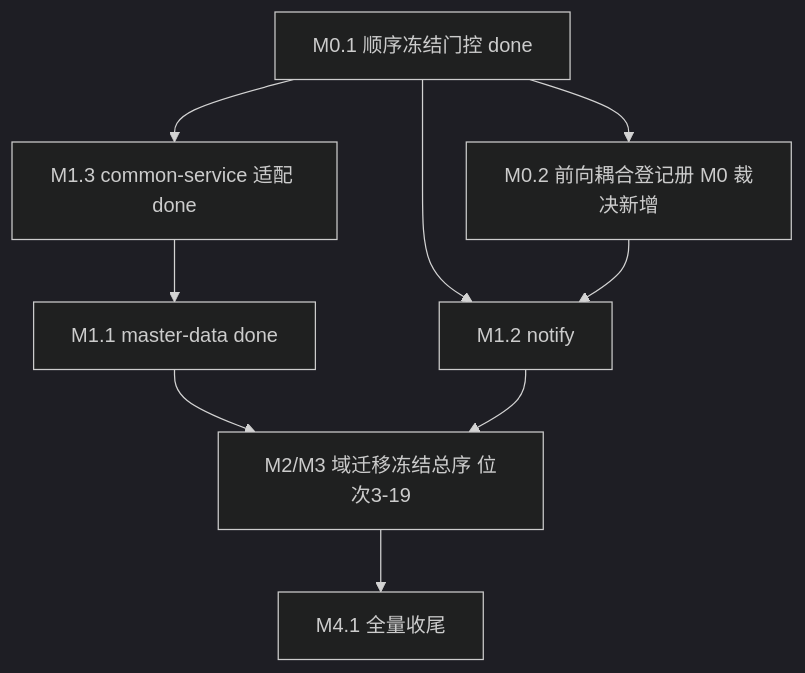
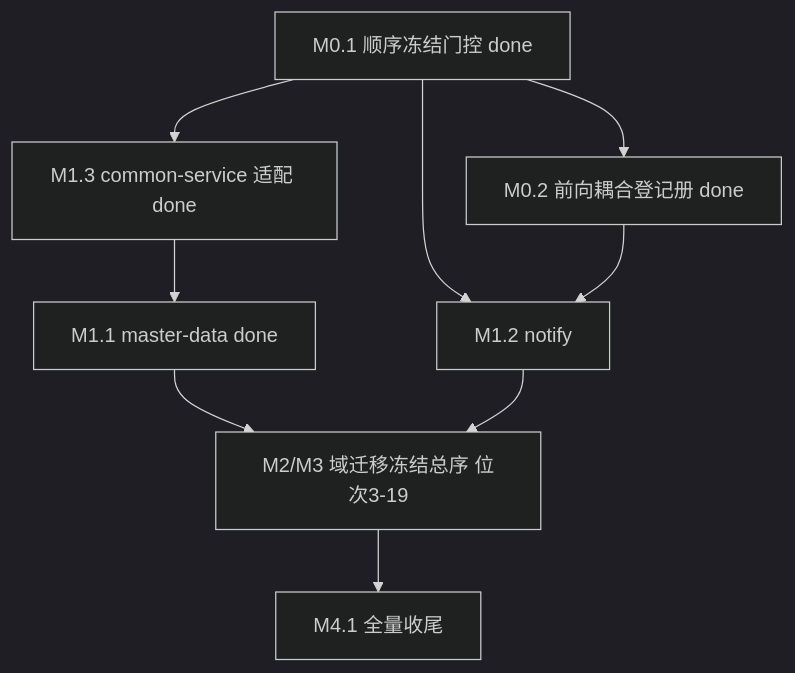
Before and after one commit to entropy-cloud/nop-app-erp: the diagram in docs/backlog/id-string-migration-roadmap.md, drawn with Mermaid (dark theme). The commit also changed other lines of this file and 6 other files, not shown here.

First line of the commit message:
docs(id-string-migration): plan-2026-08-21-1657 docs/audit/roadmap/log update（M0.2 done，M1.2 plan 起草）

````diff
--- a/docs/backlog/id-string-migration-roadmap.md
+++ b/docs/backlog/id-string-migration-roadmap.md
@@ -124,11 +126,11 @@
 ```mermaid
 graph TD
     M0[M0.1 顺序冻结门控 done] --> M1_3[M1.3 common-service 适配 done]
     M1_3 --> M1_1[M1.1 master-data done]
-    M0 --> M0_2[M0.2 前向耦合登记册 M0 裁决新增]
+    M0 --> M0_2[M0.2 前向耦合登记册 done]
     M0 --> M1_2[M1.2 notify]
     M0_2 --> M1_2
     M1_1 --> SEQ[M2/M3 域迁移冻结总序 位次3-19]
     M1_2 --> SEQ
     SEQ --> M4[M4.1 全量收尾]
 ```
````
